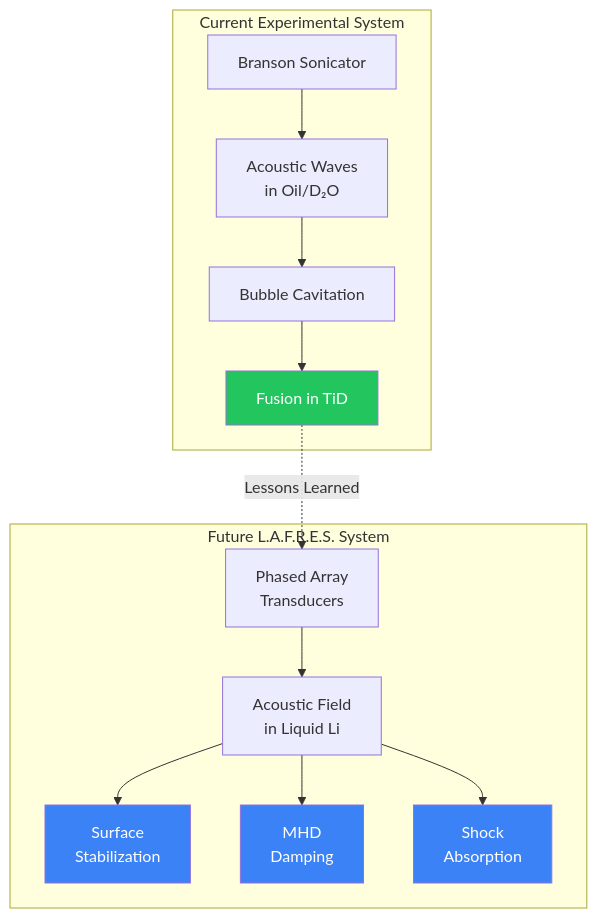
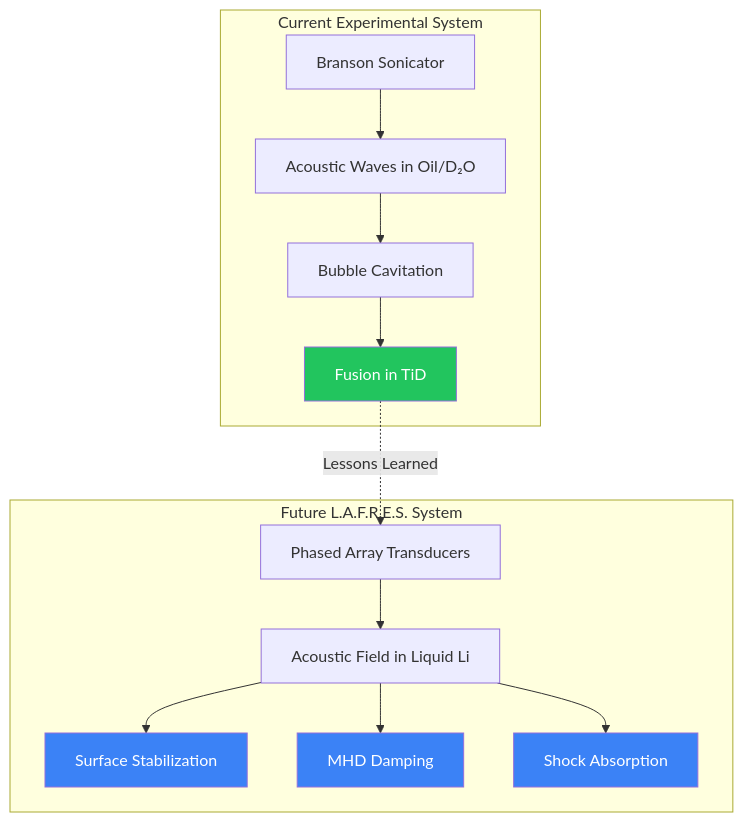
The diagram in website/docs/acoustic-field-matrix.md (szemkoff/LAFRES), drawn with Mermaid before and after one commit. The commit also changed 7 other files, not shown here.

First line of the commit message:
Fix Mermaid diagram syntax - remove br tags

````diff
--- a/website/docs/acoustic-field-matrix.md
+++ b/website/docs/acoustic-field-matrix.md
@@ -20,22 +20,22 @@
 ```mermaid
 flowchart TB
     subgraph Experimental["Current Experimental System"]
-        A1[Branson Sonicator] --> A2[Acoustic Waves<br/>in Oil/D₂O]
+        A1[Branson Sonicator] --> A2[Acoustic Waves in Oil/D₂O]
         A2 --> A3[Bubble Cavitation]
         A3 --> A4[Fusion in TiD]
     end
     
     subgraph LAFRES["Future L.A.F.R.E.S. System"]
-        B1[Phased Array<br/>Transducers] --> B2[Acoustic Field<br/>in Liquid Li]
-        B2 --> B3[Surface<br/>Stabilization]
-        B2 --> B4[MHD<br/>Damping]
-        B2 --> B5[Shock<br/>Absorption]
+        B1[Phased Array Transducers] --> B2[Acoustic Field in Liquid Li]
+        B2 --> B3[Surface Stabilization]
+        B2 --> B4[MHD Damping]
+        B2 --> B5[Shock Absorption]
     end
     
     A4 -.->|"Lessons Learned"| B1
     
     style A4 fill:#22c55e,color:#fff
     style B3 fill:#3b82f6,color:#fff
     style B4 fill:#3b82f6,color:#fff
     style B5 fill:#3b82f6,color:#fff
 ```
````
